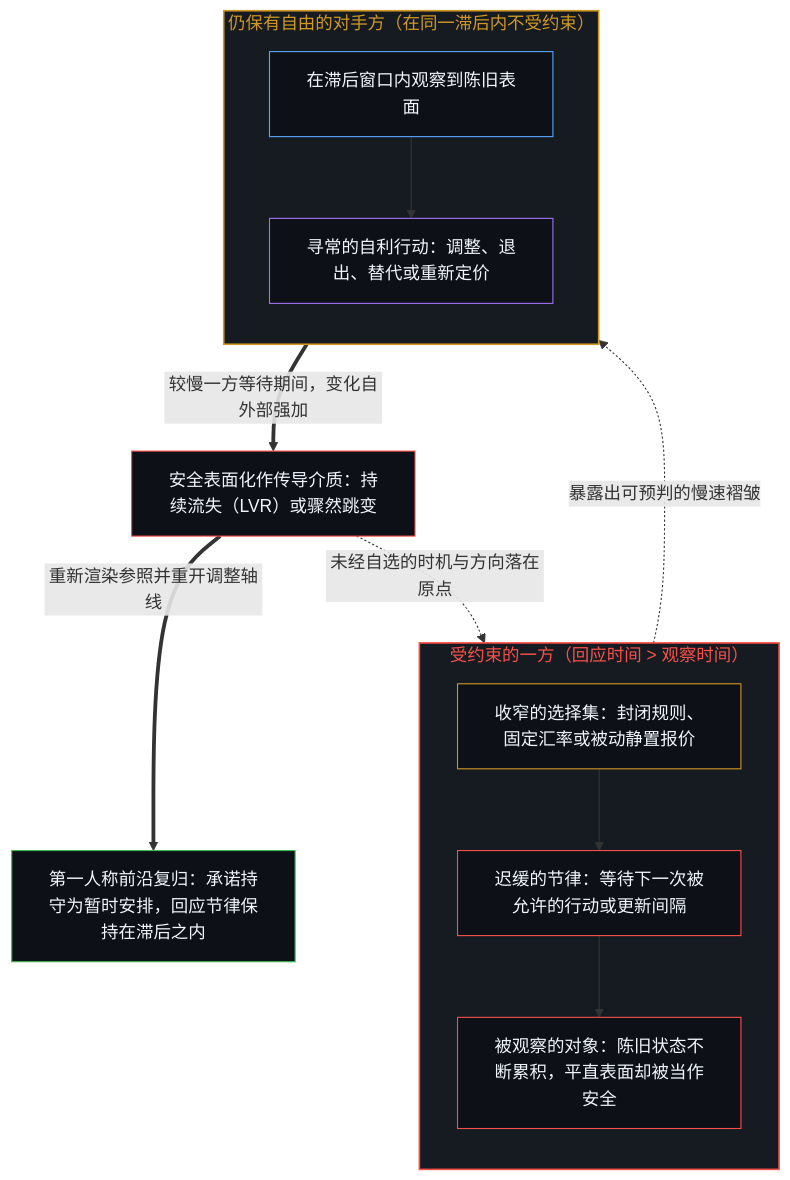
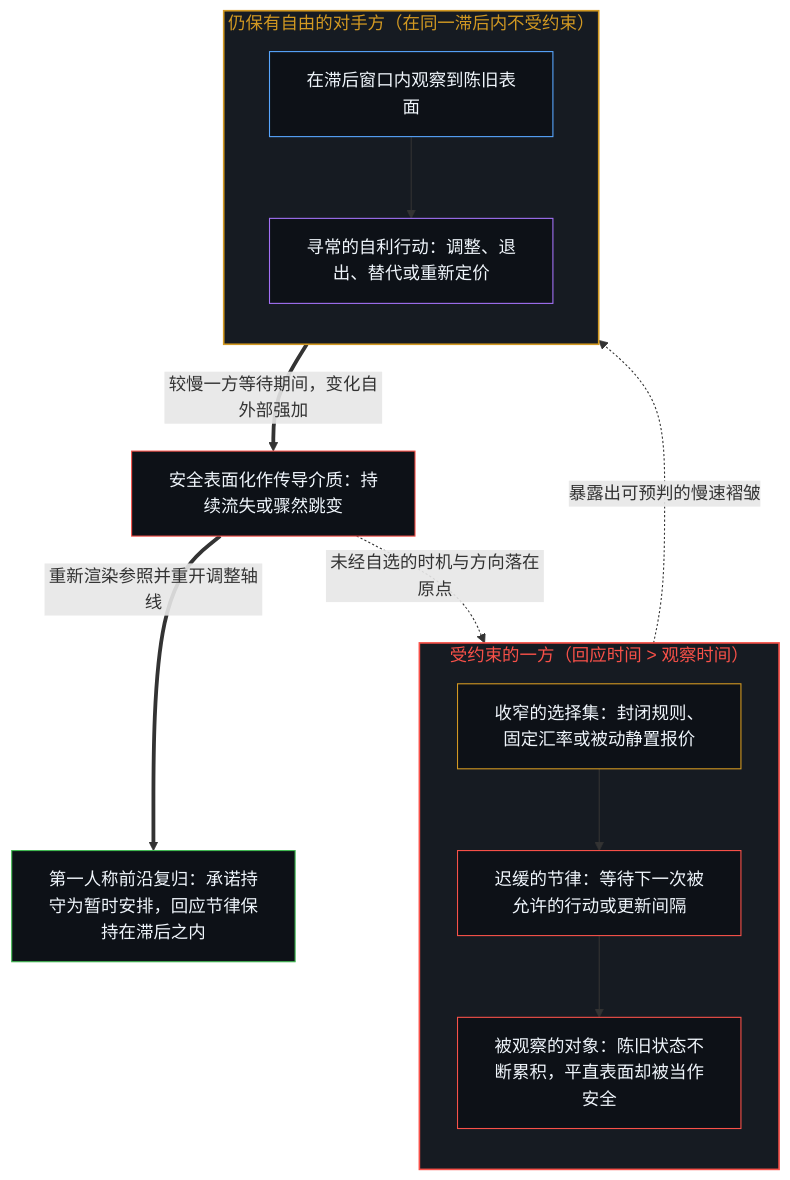
One commit to powerpig99/not-a-toe changed the third of 4 diagrams in content/posts/observation-lag-and-the-inversion-of-optionality.md. Above: the diagram before and after it, drawn with Mermaid. The commit also changed other lines of this file and 24 other files, not shown here.

````diff
--- a/content/posts/observation-lag-and-the-inversion-of-optionality.md
+++ b/content/posts/observation-lag-and-the-inversion-of-optionality.md
@@ -117,31 +113,31 @@
 ```mermaid
 flowchart TD
     subgraph S_Constrained["受约束的一方（回应时间 > 观察时间）"]
         direction TB
         C_Lock["收窄的选择集：封闭规则、固定汇率或被动静置报价"]
         C_Wait["迟缓的节律：等待下一次被允许的行动或更新间隔"]
         C_Obj["被观察的对象：陈旧状态不断累积，平直表面却被当作安全"]
         C_Lock --> C_Wait --> C_Obj
     end
     subgraph S_Free["仍保有自由的对手方（在同一滞后内不受约束）"]
         direction TB
         F_See["在滞后窗口内观察到陈旧表面"]
         F_Act["寻常的自利行动：调整、退出、替代或重新定价"]
         F_See --> F_Act
     end
-    M_Impact["安全表面化作传导介质：持续流失（LVR）或骤然跳变"]
+    M_Impact["安全表面化作传导介质：持续流失或骤然跳变"]
     R_Edge["第一人称前沿复归：承诺持守为暂时安排，回应节律保持在滞后之内"]
     C_Obj -.->|"暴露出可预判的慢速褶皱"| F_See
     F_Act ==>|"较慢一方等待期间，变化自外部强加"| M_Impact
     M_Impact -.->|"未经自选的时机与方向落在原点"| C_Wait
     M_Impact ==>|"重新渲染参照并重开调整轴线"| R_Edge
     style S_Constrained fill:#161b22,stroke:#f85149,stroke-width:1.5px,color:#f85149
     style S_Free fill:#161b22,stroke:#d29922,stroke-width:1.5px,color:#d29922
     style C_Lock fill:#0d1117,stroke:#d29922,stroke-width:1px,color:#f0f6fc
     style C_Wait fill:#0d1117,stroke:#f85149,stroke-width:1px,color:#f0f6fc
     style C_Obj fill:#0d1117,stroke:#f85149,stroke-width:1px,color:#f0f6fc
     style F_See fill:#0d1117,stroke:#58a6ff,stroke-width:1px,color:#f0f6fc
     style F_Act fill:#0d1117,stroke:#a371f7,stroke-width:1px,color:#f0f6fc
     style M_Impact fill:#0d1117,stroke:#f85149,stroke-width:1px,color:#f0f6fc
     style R_Edge fill:#0d1117,stroke:#3fb950,stroke-width:1px,color:#f0f6fc
 ```
````
